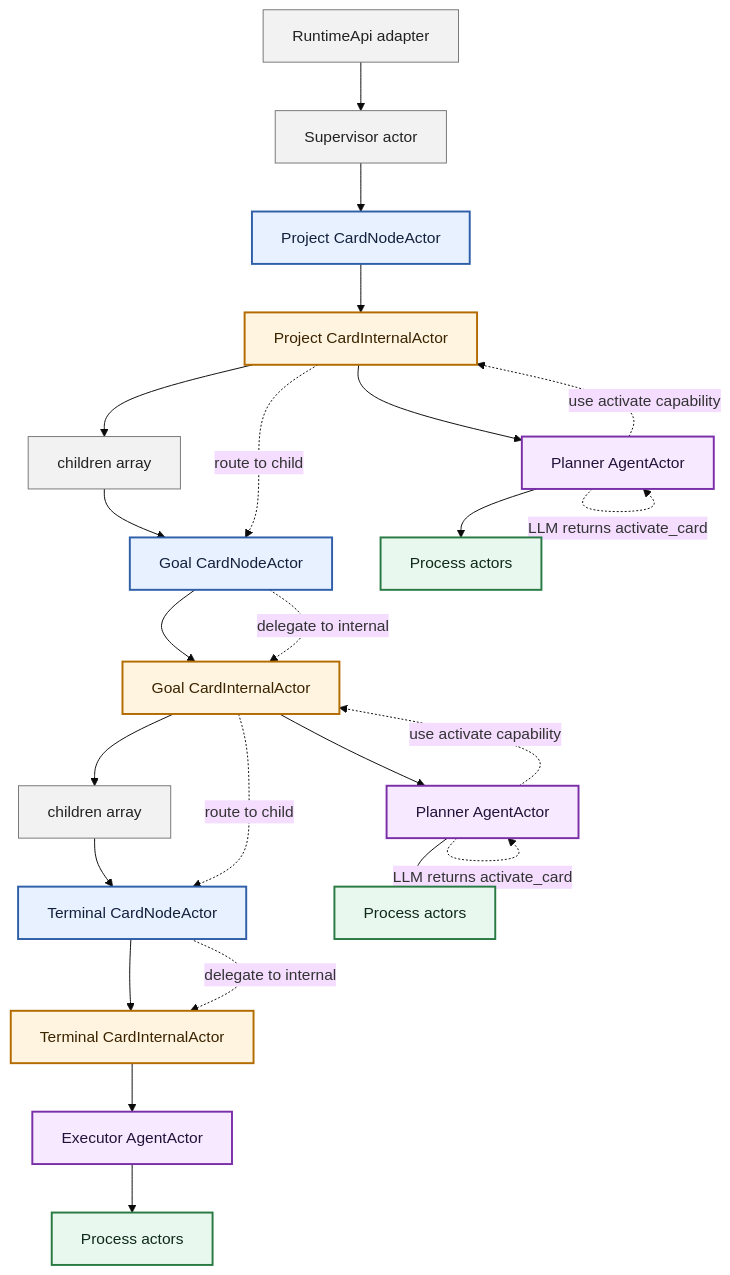
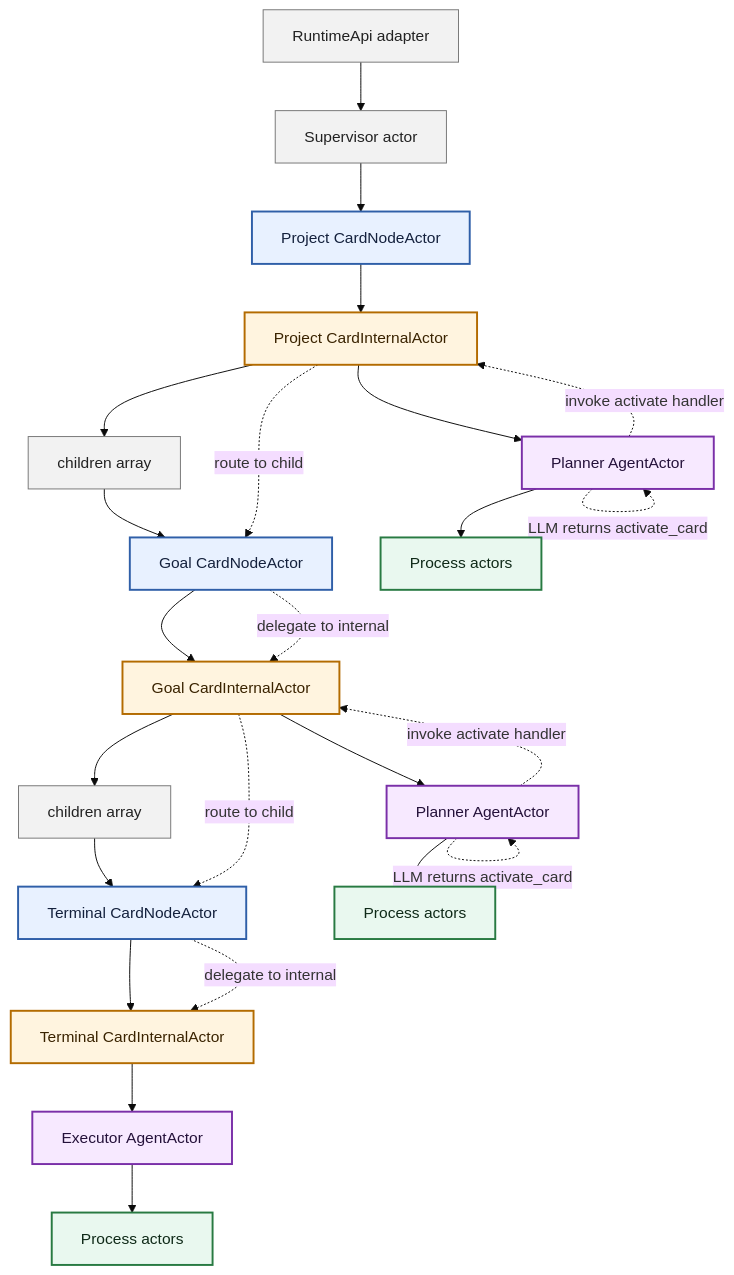
Before and after one commit to salva/saivage-v3: the first of 2 diagrams in docs/architecture/xstate-runtime-core.md, drawn with Mermaid (base theme). The commit also changed other lines of this file and 1 other file, not shown here.

Commit message:
docs: model agent tool handler registry

````diff
--- a/docs/architecture/xstate-runtime-core.md
+++ b/docs/architecture/xstate-runtime-core.md
@@ -64,44 +64,44 @@
 ```mermaid
 graph TD
   api[RuntimeApi adapter] --> supervisor[Supervisor actor]
   supervisor --> projectNode
 
   projectNode[Project CardNodeActor] --> projectInternal[Project CardInternalActor]
   projectInternal --> projectChildren[children array]
   projectChildren --> goalNode[Goal CardNodeActor]
 
   goalNode --> goalInternal[Goal CardInternalActor]
   goalInternal --> goalChildren[children array]
   goalChildren --> terminalNode[Terminal CardNodeActor]
 
   terminalNode --> terminalInternal[Terminal CardInternalActor]
 
   projectInternal --> projectAgent[Planner AgentActor]
   goalInternal --> goalAgent[Planner AgentActor]
   terminalInternal --> terminalAgent[Executor AgentActor]
 
   projectAgent --> projectProcess[Process actors]
   goalAgent --> goalProcess[Process actors]
   terminalAgent --> terminalProcess[Process actors]
 
   projectAgent -. LLM returns activate_card .-> projectAgent
-  projectAgent -. use activate capability .-> projectInternal
+  projectAgent -. invoke activate handler .-> projectInternal
   projectInternal -. route to child .-> goalNode
   goalNode -. delegate to internal .-> goalInternal
   goalAgent -. LLM returns activate_card .-> goalAgent
-  goalAgent -. use activate capability .-> goalInternal
+  goalAgent -. invoke activate handler .-> goalInternal
   goalInternal -. route to child .-> terminalNode
   terminalNode -. delegate to internal .-> terminalInternal
 
   classDef nodeActor fill:#e8f1ff,stroke:#2f5fa8,stroke-width:2px,color:#14213d
   classDef internalActor fill:#fff4df,stroke:#b36b00,stroke-width:2px,color:#3a2300
   classDef agentActor fill:#f7e9ff,stroke:#7a2fa8,stroke-width:2px,color:#24113a
   classDef resourceActor fill:#e9f8ef,stroke:#287a42,stroke-width:2px,color:#0f2a18
   classDef support fill:#f2f2f2,stroke:#777,stroke-width:1px,color:#222
 
   class projectNode,goalNode,terminalNode nodeActor
   class projectInternal,goalInternal,terminalInternal internalActor
   class projectAgent,goalAgent,terminalAgent agentActor
   class projectProcess,goalProcess,terminalProcess resourceActor
   class api,supervisor,projectChildren,goalChildren support
 ```
````
